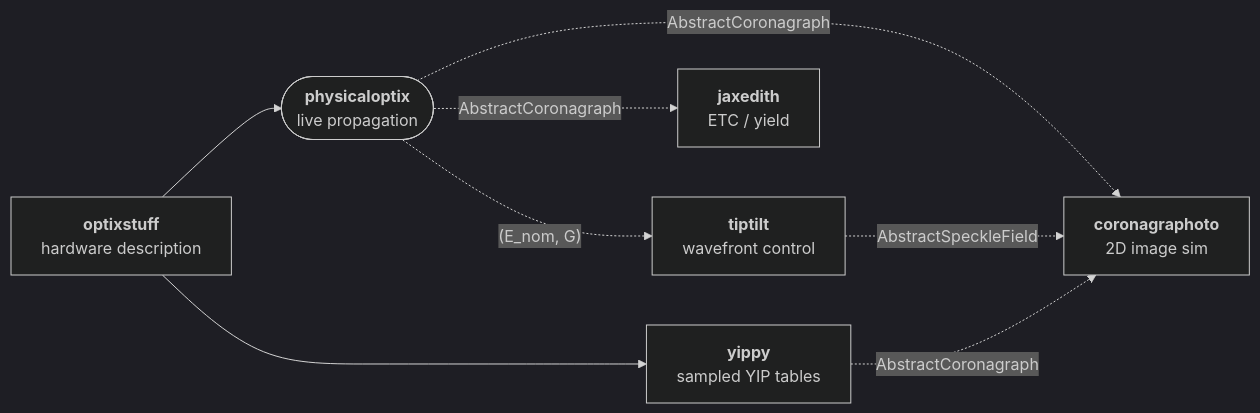
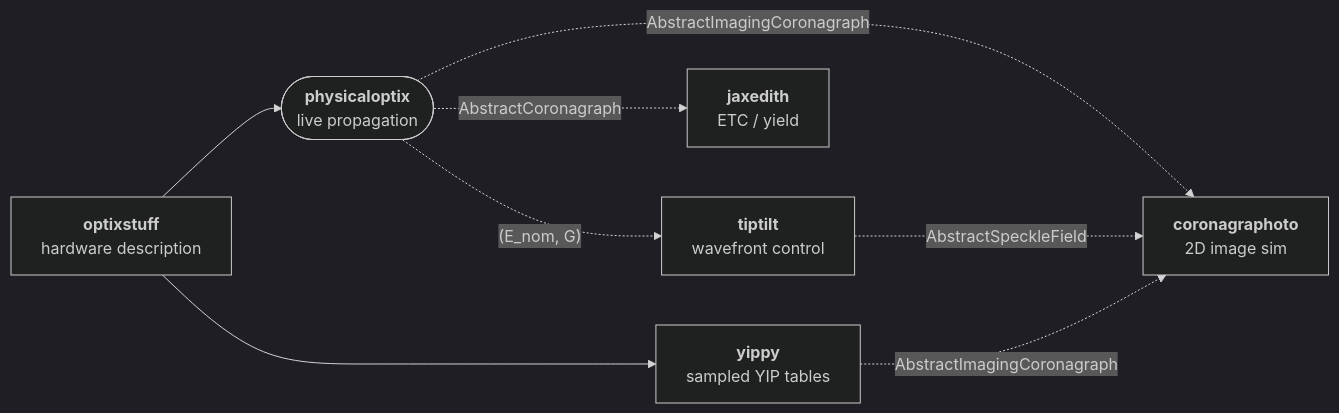
Before and after one commit to CoreySpohn/physicaloptix: the diagram in docs/index.md, drawn with Mermaid (dark theme). The commit also changed other lines of this file and 13 other files, not shown here.

````diff
--- a/docs/index.md
+++ b/docs/index.md
@@ -61,17 +61,17 @@
 ```mermaid
 flowchart LR
     opt["<b>optixstuff</b><br/>hardware description"]
     po(["<b>physicaloptix</b><br/>live propagation"])
     yip["<b>yippy</b><br/>sampled YIP tables"]
     tip["<b>tiptilt</b><br/>wavefront control"]
     cor["<b>coronagraphoto</b><br/>2D image sim"]
     jed["<b>jaxedith</b><br/>ETC / yield"]
 
     opt --> po
     opt --> yip
-    po -.AbstractCoronagraph.-> cor
-    yip -.AbstractCoronagraph.-> cor
+    po -.AbstractImagingCoronagraph.-> cor
+    yip -.AbstractImagingCoronagraph.-> cor
     po -.AbstractCoronagraph.-> jed
     po -."(E_nom, G)".-> tip
     tip -.AbstractSpeckleField.-> cor
 ```
````
